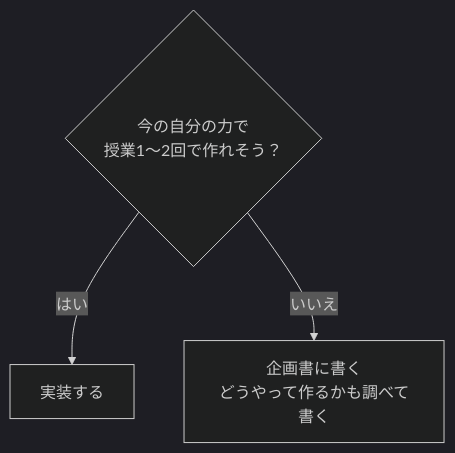
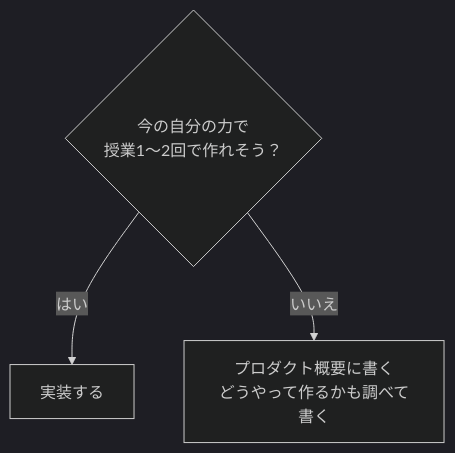
Before and after one commit to hakobunet/iica-koyama: the fifth of 5 diagrams in docs/2年生_システム開発実践/後期/2026_10_23/自由制作の将来像も考えて作る.md, drawn with Mermaid (dark theme). The commit also changed other lines of this file, not shown here.

````diff
--- a/docs/2年生_システム開発実践/後期/2026_10_23/自由制作の将来像も考えて作る.md
+++ b/docs/2年生_システム開発実践/後期/2026_10_23/自由制作の将来像も考えて作る.md
@@ -137,6 +194,6 @@
 ```mermaid
 graph TB
     Q{今の自分の力で<br>授業1〜2回で作れそう？}
     Q -->|はい| A[実装する]
-    Q -->|いいえ| B[企画書に書く<br>どうやって作るかも調べて書く]
+    Q -->|いいえ| B[プロダクト概要に書く<br>どうやって作るかも調べて書く]
 ```
````
